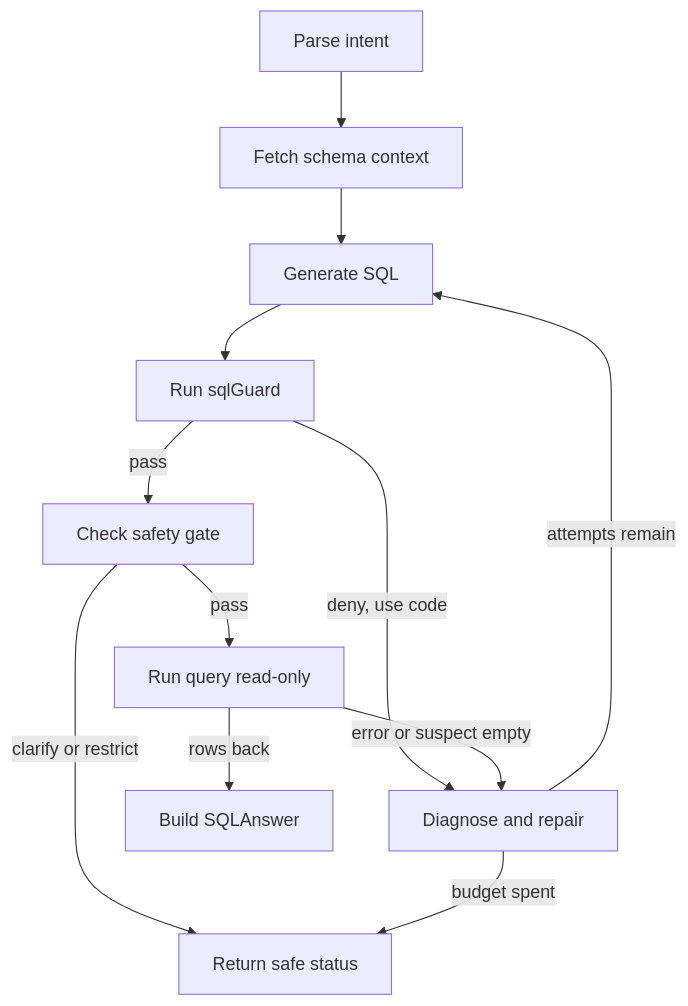
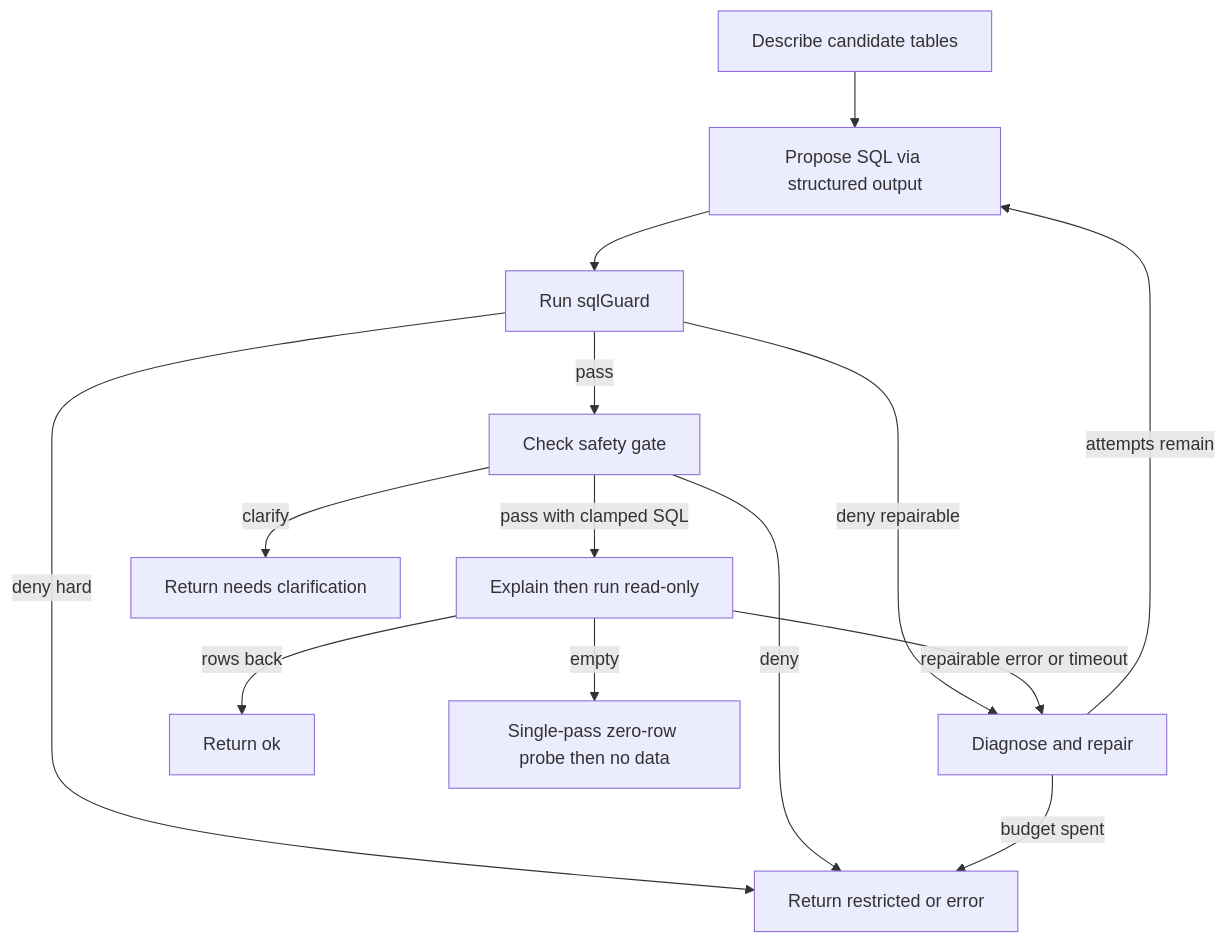
Before and after one commit to NDTruongDanh/SE373-Analytics-Agent: the diagram in openwiki/use-cases/text-to-sql.md, drawn with Mermaid. The commit also changed other lines of this file and 19 other files, not shown here.

````diff
--- a/openwiki/use-cases/text-to-sql.md
+++ b/openwiki/use-cases/text-to-sql.md
@@ -86,14 +114,16 @@
 ```mermaid
 flowchart TD
-  A["Parse intent"] --> B["Fetch schema context"]
-  B --> C["Generate SQL"]
-  C --> D["Run sqlGuard"]
-  D -->|"deny, use code"| F["Diagnose and repair"]
-  D -->|"pass"| E["Check safety gate"]
-  E -->|"pass"| G["Run query read-only"]
-  E -->|"clarify or restrict"| H["Return safe status"]
-  G -->|"rows back"| I["Build SQLAnswer"]
-  G -->|"error or suspect empty"| F
-  F -->|"attempts remain"| C
+  A["Describe candidate tables"] --> B["Propose SQL via structured output"]
+  B --> C["Run sqlGuard"]
+  C -->|"deny repairable"| F["Diagnose and repair"]
+  C -->|"deny hard"| H["Return restricted or error"]
+  C -->|"pass"| E["Check safety gate"]
+  E -->|"pass with clamped SQL"| G["Explain then run read-only"]
+  E -->|"clarify"| I["Return needs clarification"]
+  E -->|"deny"| H
+  G -->|"rows back"| J["Return ok"]
+  G -->|"empty"| K["Single-pass zero-row probe then no data"]
+  G -->|"repairable error or timeout"| F
+  F -->|"attempts remain"| B
   F -->|"budget spent"| H
 ```
````
